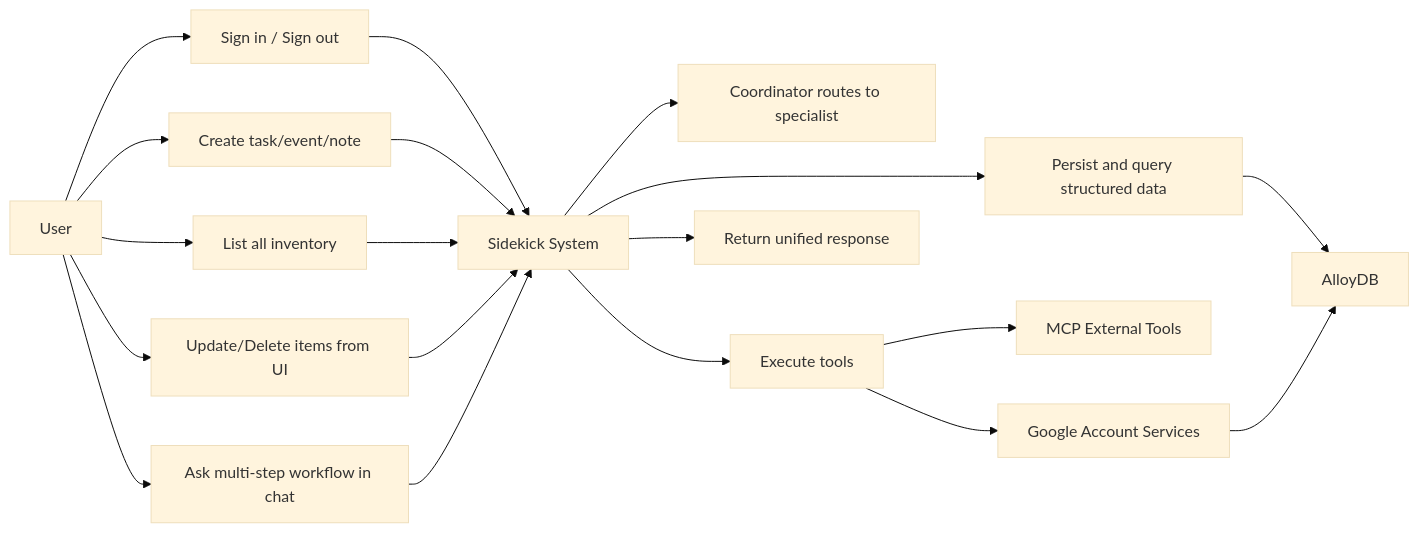
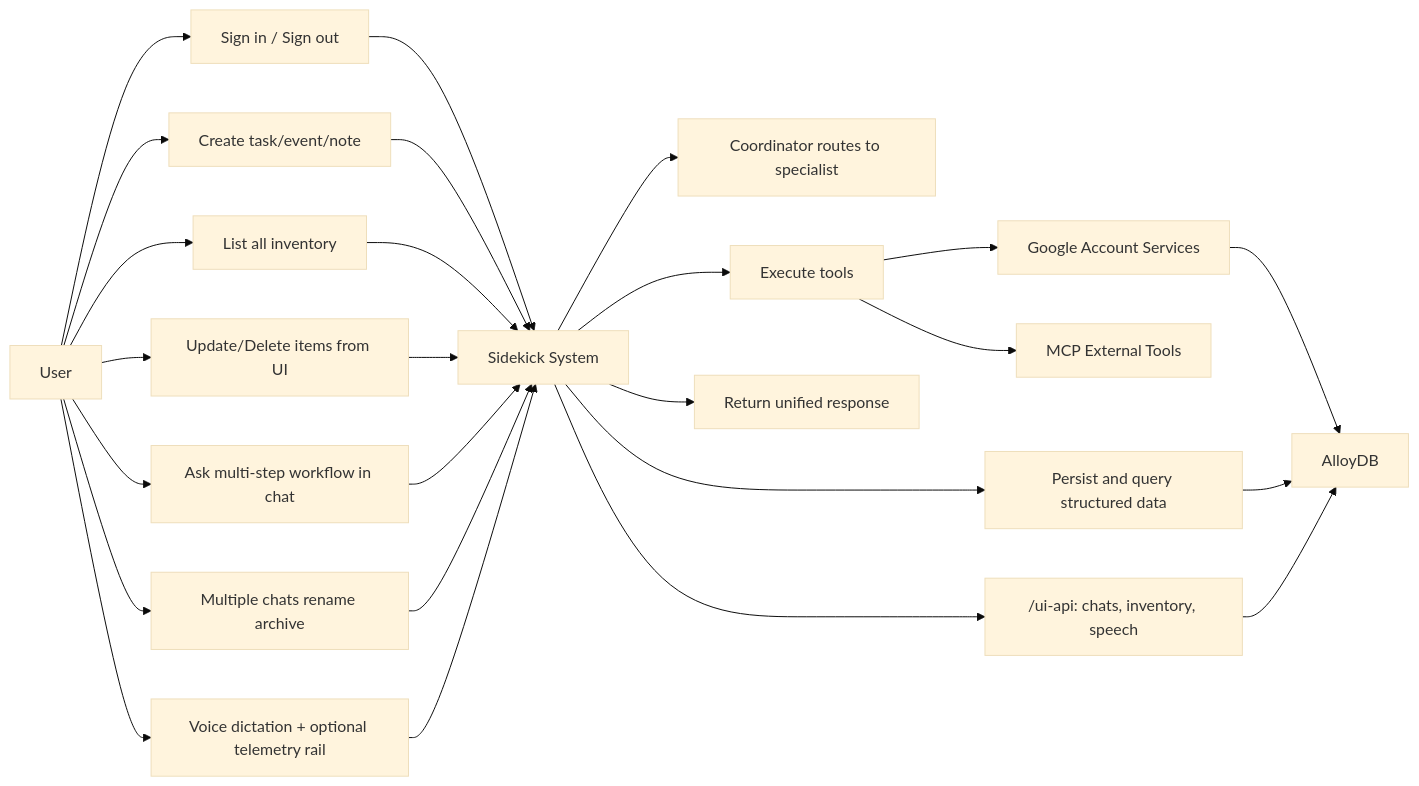
The third of 10 diagrams in README.md (bolleyboll/h2s-google-genai-apac-cohort1-final), drawn with Mermaid (base theme) before and after one commit. The commit also changed other lines of this file and 70 other files, not shown here.

````diff
--- a/README.md
+++ b/README.md
@@ -154,30 +162,36 @@
 ```mermaid
 flowchart LR
     U[User]
     SK[Sidekick System]
     GA[Google Account Services]
     DB[AlloyDB]
     MCP[MCP External Tools]
 
     U --> UC1[Sign in / Sign out]
     U --> UC2[Create task/event/note]
     U --> UC3[List all inventory]
     U --> UC4[Update/Delete items from UI]
     U --> UC5[Ask multi-step workflow in chat]
+    U --> UC6[Multiple chats rename archive]
+    U --> UC7[Voice dictation + optional telemetry rail]
 
     UC1 --> SK
     UC2 --> SK
     UC3 --> SK
     UC4 --> SK
     UC5 --> SK
+    UC6 --> SK
+    UC7 --> SK
 
     SK --> SC1[Coordinator routes to specialist]
     SK --> SC2[Execute tools]
     SK --> SC3[Return unified response]
     SK --> SC4[Persist and query structured data]
+    SK --> SC5["/ui-api: chats, inventory, speech"]
 
     SC2 --> GA
     SC2 --> MCP
     SC4 --> DB
+    SC5 --> DB
     GA --> DB
 ```
````
